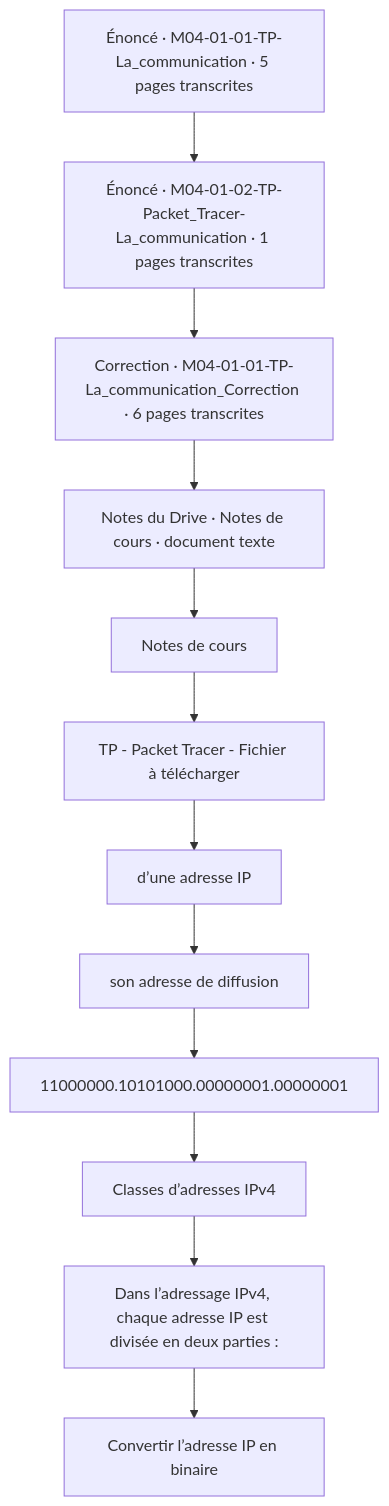
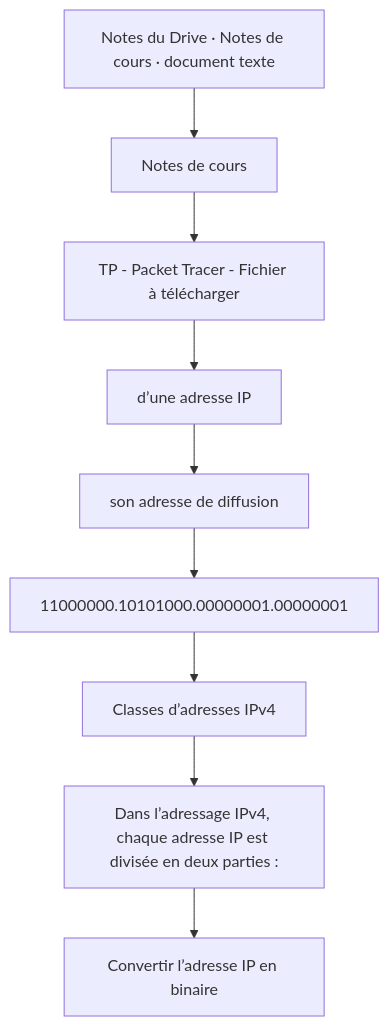
One commit to sk34pk25/tssr-cours changed the diagram in docs/modules/01-bases-reseaux/module-04-la-communication-dans-un-reseau.md. Above: the diagram before and after it, drawn with Mermaid. The commit also changed other lines of this file and 108 other files, not shown here.

````diff
--- a/docs/modules/01-bases-reseaux/module-04-la-communication-dans-un-reseau.md
+++ b/docs/modules/01-bases-reseaux/module-04-la-communication-dans-un-reseau.md
@@ -148,26 +147,20 @@
 ```mermaid
 flowchart TD
-    N1["Énoncé · M04-01-01-TP-La_communication · 5 pages transcrites"]
-    N2["Énoncé · M04-01-02-TP-Packet_Tracer-La_communication · 1 pages transcrites"]
-    N3["Correction · M04-01-01-TP-La_communication_Correction · 6 pages transcrites"]
     N4["Notes du Drive · Notes de cours · document texte"]
     N5["Notes de cours"]
     N6["TP - Packet Tracer - Fichier à télécharger"]
     N7["d’une adresse IP"]
     N8["son adresse de diffusion"]
     N9["11000000.10101000.00000001.00000001"]
     N10["Classes d’adresses IPv4"]
     N11["Dans l’adressage IPv4, chaque adresse IP est divisée en deux parties :"]
     N12["Convertir l’adresse IP en binaire"]
-    N1 --> N2
-    N2 --> N3
-    N3 --> N4
     N4 --> N5
     N5 --> N6
     N6 --> N7
     N7 --> N8
     N8 --> N9
     N9 --> N10
     N10 --> N11
     N11 --> N12
 ```
````
